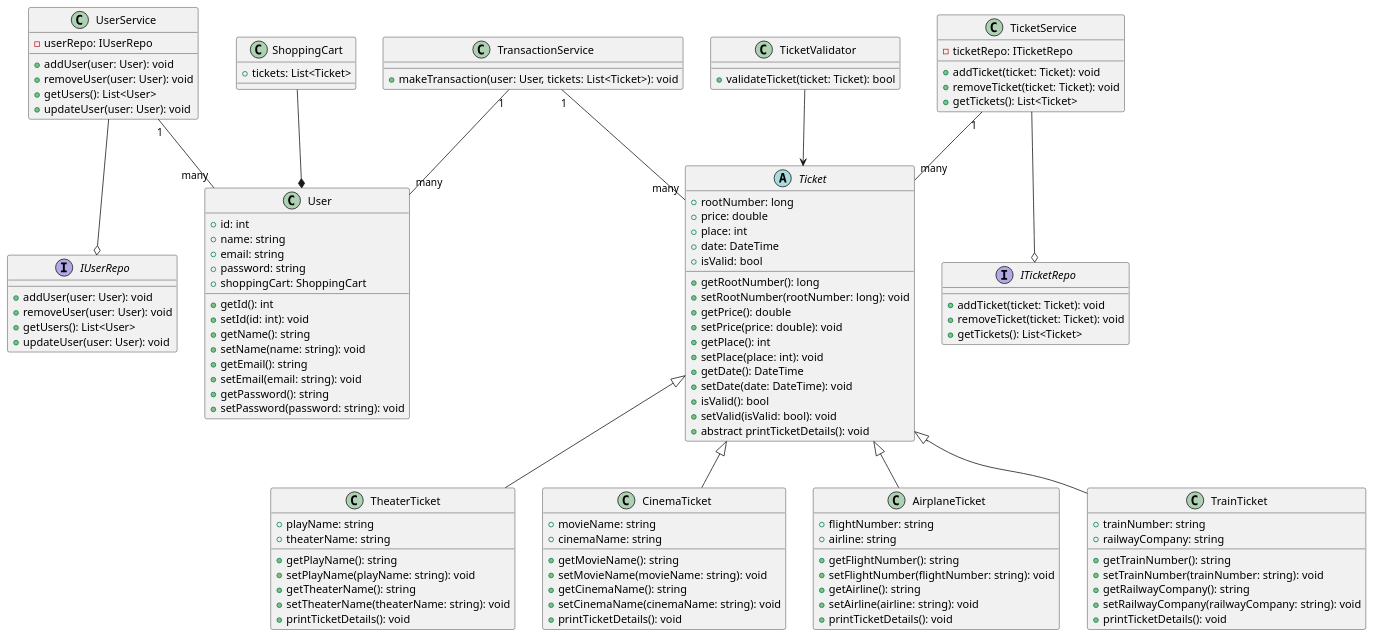
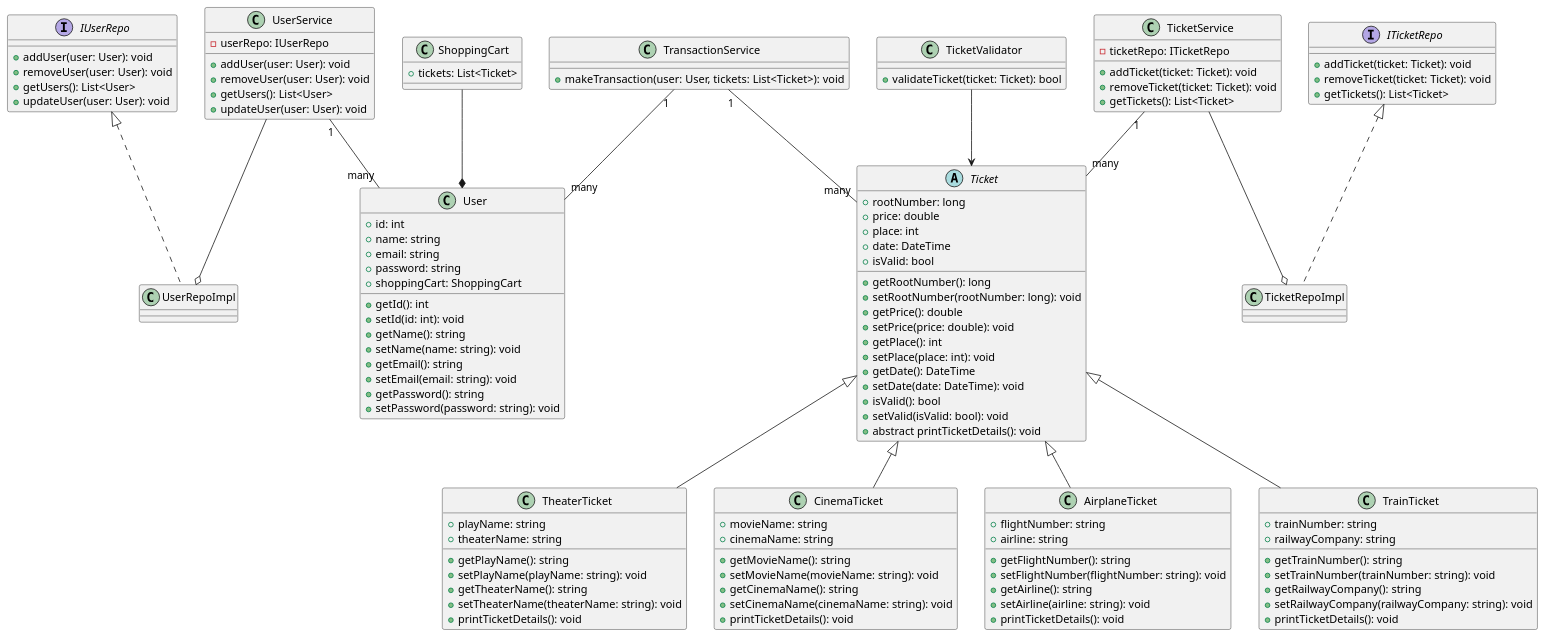
Before and after one commit to clover-soft/soft-architecture: the diagram in lesson04/TicketService.puml, drawn with PlantUML. The commit also changed 1 other file, not shown here.

```diff
--- a/lesson04/TicketService.puml
+++ b/lesson04/TicketService.puml
@@ -1,133 +1,141 @@
 @startuml TicketService
 
 interface IUserRepo {
     + addUser(user: User): void
     + removeUser(user: User): void
     + getUsers(): List<User>
     + updateUser(user: User): void
 }
 
+class UserRepoImpl implements IUserRepo {
+
+}
+
 interface ITicketRepo {
     + addTicket(ticket: Ticket): void
     + removeTicket(ticket: Ticket): void
     + getTickets(): List<Ticket>
+}
+
+class TicketRepoImpl implements ITicketRepo {
+
 }
 
 class UserService {
     - userRepo: IUserRepo
     + addUser(user: User): void
     + removeUser(user: User): void
     + getUsers(): List<User>
     + updateUser(user: User): void
 }
 
 class TicketService {
     - ticketRepo: ITicketRepo
     + addTicket(ticket: Ticket): void
     + removeTicket(ticket: Ticket): void
     + getTickets(): List<Ticket>
 }
 
 abstract class Ticket {
     + rootNumber: long
     + price: double
     + place: int
     + date: DateTime
     + isValid: bool
     + getRootNumber(): long
     + setRootNumber(rootNumber: long): void
     + getPrice(): double
     + setPrice(price: double): void
     + getPlace(): int
     + setPlace(place: int): void
     + getDate(): DateTime
     + setDate(date: DateTime): void
     + isValid(): bool
     + setValid(isValid: bool): void
     + abstract printTicketDetails(): void
 }
 
 class TheaterTicket {
     + playName: string
     + theaterName: string
     + getPlayName(): string
     + setPlayName(playName: string): void
     + getTheaterName(): string
     + setTheaterName(theaterName: string): void
     + printTicketDetails(): void
 }
 
 class CinemaTicket {
     + movieName: string
     + cinemaName: string
     + getMovieName(): string
     + setMovieName(movieName: string): void
     + getCinemaName(): string
     + setCinemaName(cinemaName: string): void
     + printTicketDetails(): void
 }
 
 class AirplaneTicket {
     + flightNumber: string
     + airline: string
     + getFlightNumber(): string
     + setFlightNumber(flightNumber: string): void
     + getAirline(): string
     + setAirline(airline: string): void
     + printTicketDetails(): void
 }
 
 class TrainTicket {
     + trainNumber: string
     + railwayCompany: string
     + getTrainNumber(): string
     + setTrainNumber(trainNumber: string): void
     + getRailwayCompany(): string
     + setRailwayCompany(railwayCompany: string): void
     + printTicketDetails(): void
 }
 
 class TransactionService {
     + makeTransaction(user: User, tickets: List<Ticket>): void
 }
 
 class TicketValidator {
     + validateTicket(ticket: Ticket): bool
 }
 
 class User {
     + id: int
     + name: string
     + email: string
     + password: string
     + shoppingCart: ShoppingCart
     + getId(): int
     + setId(id: int): void
     + getName(): string
     + setName(name: string): void
     + getEmail(): string
     + setEmail(email: string): void
     + getPassword(): string
     + setPassword(password: string): void
 }
 
 class ShoppingCart {
     + tickets: List<Ticket>
 }
 
 UserService "1" -- "many" User
 TicketService "1" -- "many" Ticket
 TicketValidator --> Ticket
 TransactionService "1" -- "many" Ticket
 TransactionService "1" -- "many" User
 ShoppingCart --* User
-TicketService --o ITicketRepo
-UserService --o IUserRepo
+TicketService --o TicketRepoImpl
+UserService --o UserRepoImpl
 
 
 Ticket <|-- TheaterTicket
 Ticket <|-- CinemaTicket
 Ticket <|-- AirplaneTicket
 Ticket <|-- TrainTicket
 
 @enduml
```
